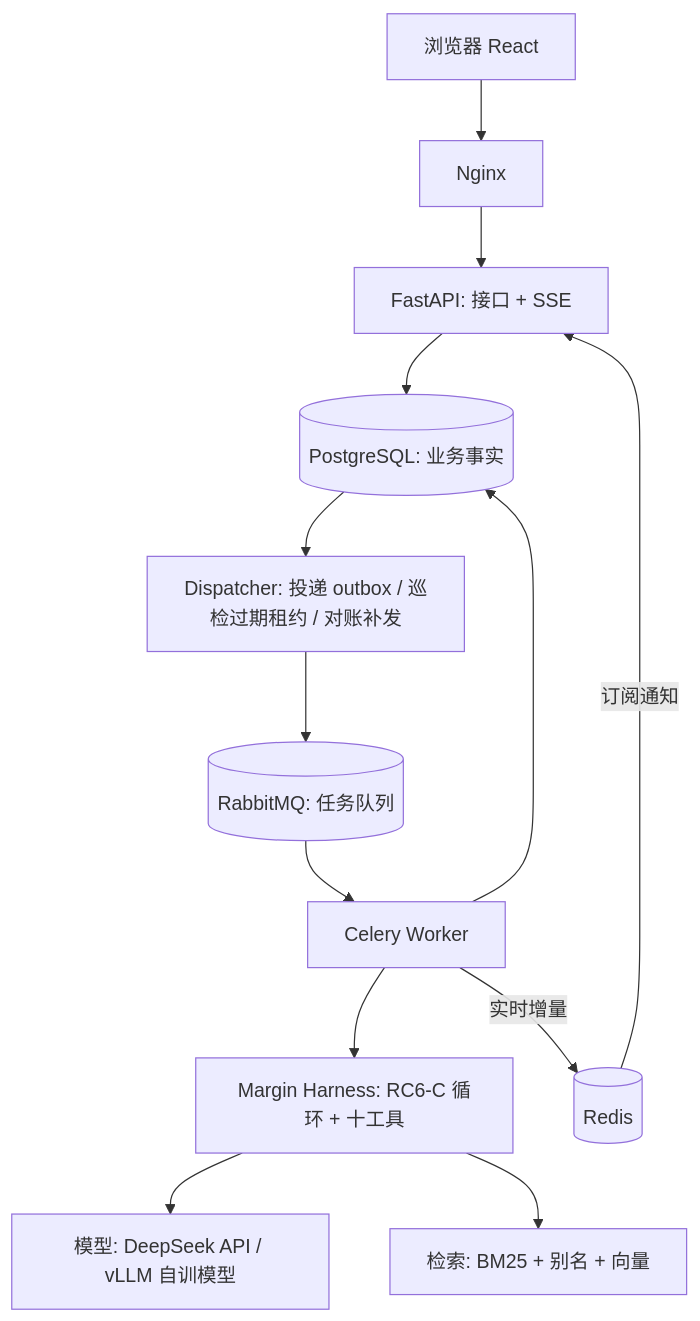
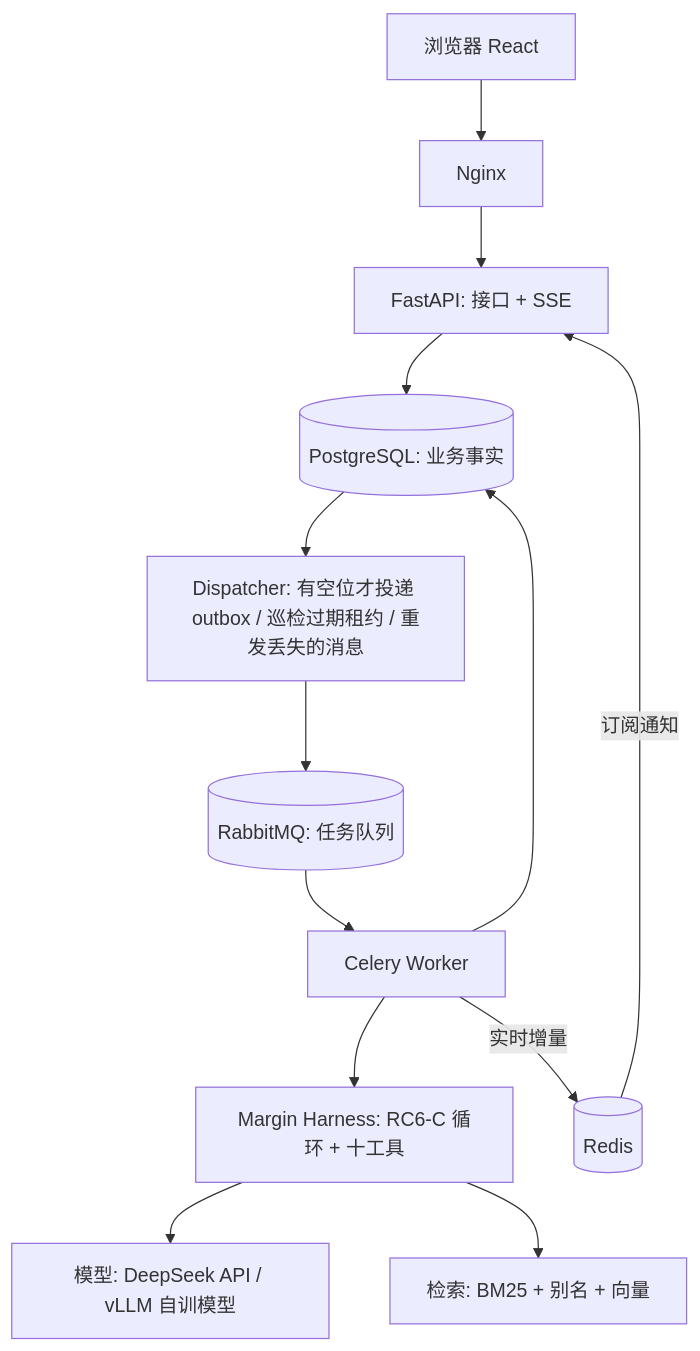
The diagram in docs/PLAN.md (Flora233333/Margin-Agent), drawn with Mermaid before and after one commit. The commit also changed other lines of this file and 7 other files, not shown here.

````diff
--- a/docs/PLAN.md
+++ b/docs/PLAN.md
@@ -64,19 +64,19 @@
 ```mermaid
 flowchart TB
     U["浏览器 React"] --> N["Nginx"]
     N --> A["FastAPI: 接口 + SSE"]
     A --> PG[("PostgreSQL: 业务事实")]
 
     R[("Redis")] -->|"订阅通知"| A
 
-    PG --> D["Dispatcher: 投递 outbox / 巡检过期租约 / 对账补发"]
+    PG --> D["Dispatcher: 有空位才投递 outbox / 巡检过期租约 / 重发丢失的消息"]
     D --> MQ[("RabbitMQ: 任务队列")]
     MQ --> W["Celery Worker"]
 
     W --> H["Margin Harness: RC6-C 循环 + 十工具"]
     H --> L["模型: DeepSeek API / vLLM 自训模型"]
     H --> S["检索: BM25 + 别名 + 向量"]
 
     W --> PG
     W -->|"实时增量"| R
 ```
````
